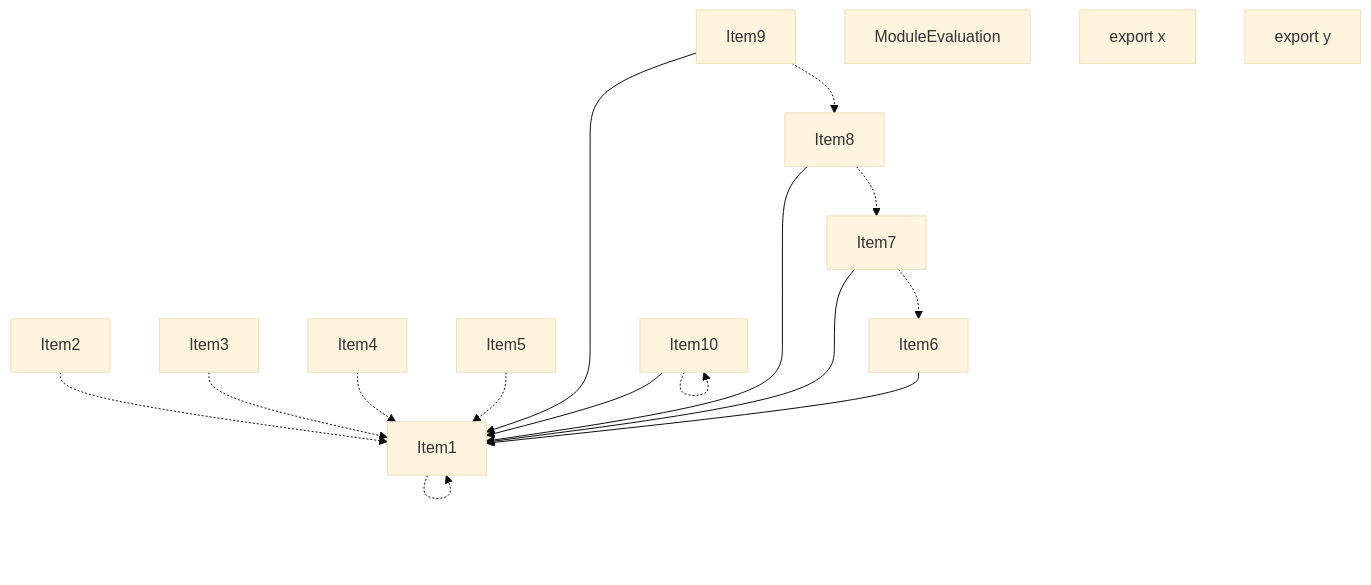
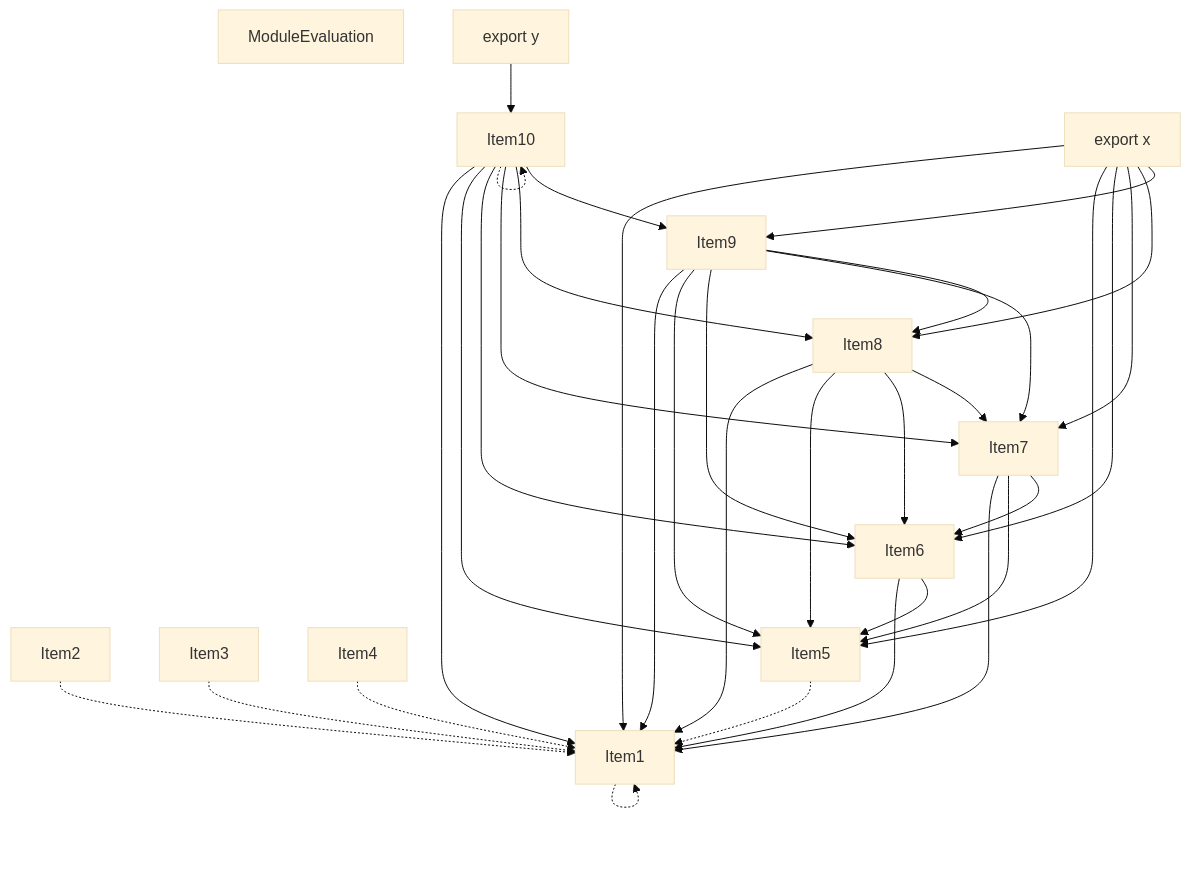
One commit to vercel/turborepo changed the fourth of 5 diagrams in crates/turbopack-ecmascript/tests/tree-shaker/analyzer/grouping/output.md. Above: the diagram before and after it, drawn with Mermaid (base theme). The commit also changed other lines of this file, not shown here.

````diff
--- a/crates/turbopack-ecmascript/tests/tree-shaker/analyzer/grouping/output.md
+++ b/crates/turbopack-ecmascript/tests/tree-shaker/analyzer/grouping/output.md
@@ -191,33 +215,52 @@
 ```mermaid
 graph TD
     Item1;
     Item2;
     Item3;
     Item4;
     Item5;
     Item6;
     Item7;
     Item8;
     Item9;
     Item10;
     Item11;
     Item11["ModuleEvaluation"];
     Item12;
     Item12["export x"];
     Item13;
     Item13["export y"];
     Item1 -.-> Item1;
     Item2 -.-> Item1;
     Item3 -.-> Item1;
     Item4 -.-> Item1;
     Item5 -.-> Item1;
     Item6 --> Item1;
+    Item6 --> Item5;
     Item7 --> Item1;
-    Item7 -.-> Item6;
+    Item7 --> Item5;
+    Item7 --> Item6;
     Item8 --> Item1;
-    Item8 -.-> Item7;
+    Item8 --> Item5;
+    Item8 --> Item6;
+    Item8 --> Item7;
     Item9 --> Item1;
-    Item9 -.-> Item8;
+    Item9 --> Item5;
+    Item9 --> Item6;
+    Item9 --> Item7;
+    Item9 --> Item8;
     Item10 --> Item1;
+    Item10 --> Item5;
+    Item10 --> Item6;
+    Item10 --> Item7;
+    Item10 --> Item8;
+    Item10 --> Item9;
     Item10 -.-> Item10;
+    Item12 --> Item1;
+    Item12 --> Item5;
+    Item12 --> Item6;
+    Item12 --> Item7;
+    Item12 --> Item8;
+    Item12 --> Item9;
+    Item13 --> Item10;
 ```
````
